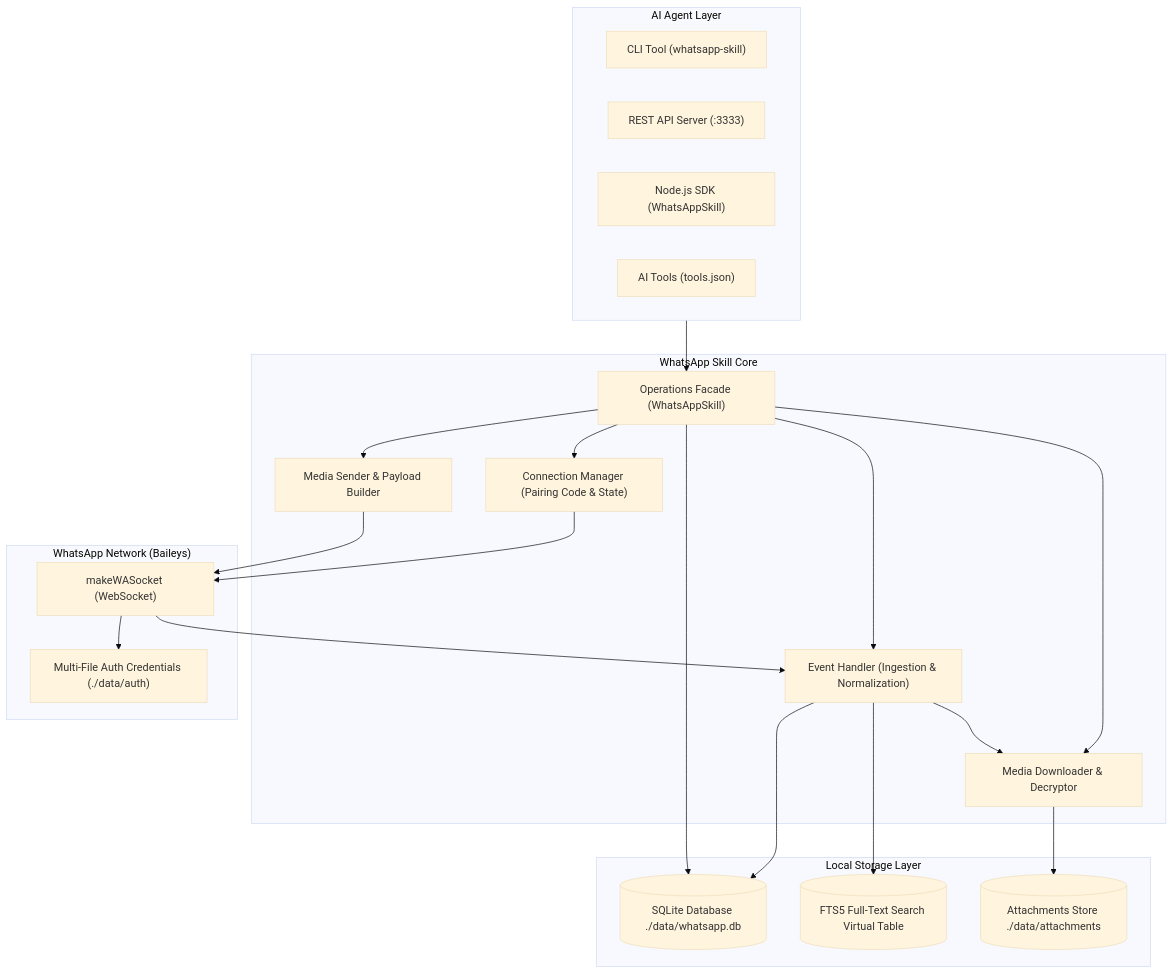
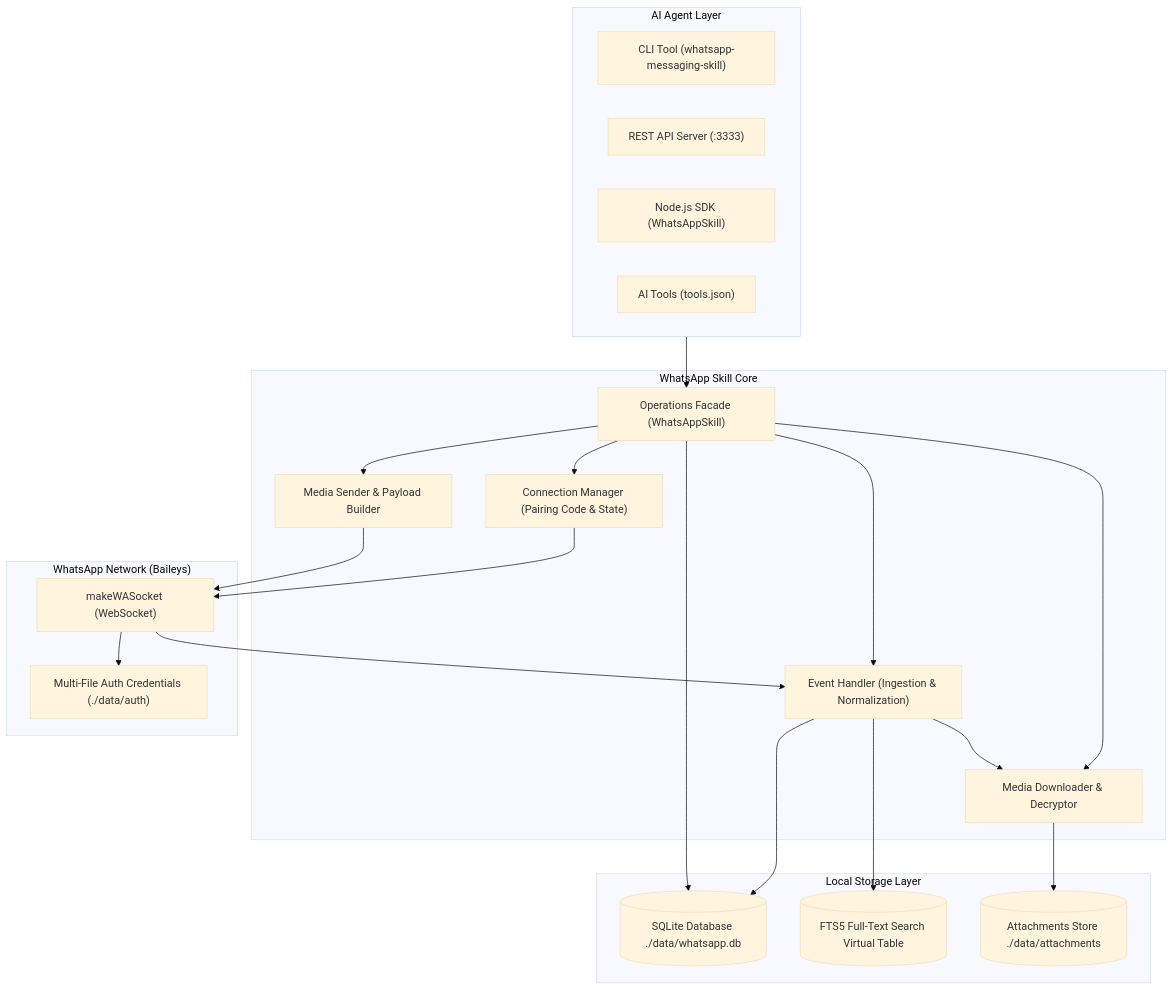
The diagram in README.md (lojik-ng/agentic-whatsapp-messaging), drawn with Mermaid (base theme) before and after one commit. The commit also changed other lines of this file and 5 other files, not shown here.

Commit message:
docs: agent-oriented install/connect instructions; rename CLI to whatsapp-messaging-skill; ship tools.json in package

````diff
--- a/README.md
+++ b/README.md
@@ -15,43 +15,43 @@
 ```mermaid
 flowchart TD
     subgraph Agent["AI Agent Layer"]
-        CLI["CLI Tool (whatsapp-skill)"]
+        CLI["CLI Tool (whatsapp-messaging-skill)"]
         HTTP["REST API Server (:3333)"]
         SDK["Node.js SDK (WhatsAppSkill)"]
         Tools["AI Tools (tools.json)"]
     end
 
     subgraph Skill["WhatsApp Skill Core"]
         Ops["Operations Facade (WhatsAppSkill)"]
         Conn["Connection Manager (Pairing Code & State)"]
         Evt["Event Handler (Ingestion & Normalization)"]
         Downloader["Media Downloader & Decryptor"]
         Sender["Media Sender & Payload Builder"]
     end
 
     subgraph BaileysLayer["WhatsApp Network (Baileys)"]
         Socket["makeWASocket (WebSocket)"]
         Auth["Multi-File Auth Credentials (./data/auth)"]
     end
 
     subgraph StorageLayer["Local Storage Layer"]
         DB[(SQLite Database ./data/whatsapp.db)]
         FTS5[(FTS5 Full-Text Search Virtual Table)]
         Files[("Attachments Store ./data/attachments")]
     end
 
     Agent --> Ops
     Ops --> Conn
     Ops --> Evt
     Ops --> Downloader
     Ops --> Sender
     Conn --> Socket
     Socket --> Auth
     Socket --> Evt
     Evt --> DB
     Evt --> FTS5
     Evt --> Downloader
     Downloader --> Files
     Sender --> Socket
     Ops --> DB
 ```
````
